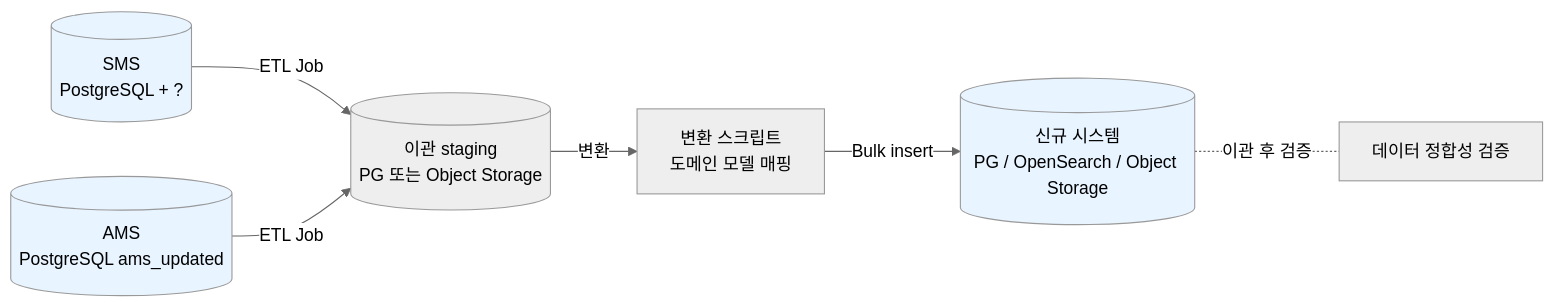
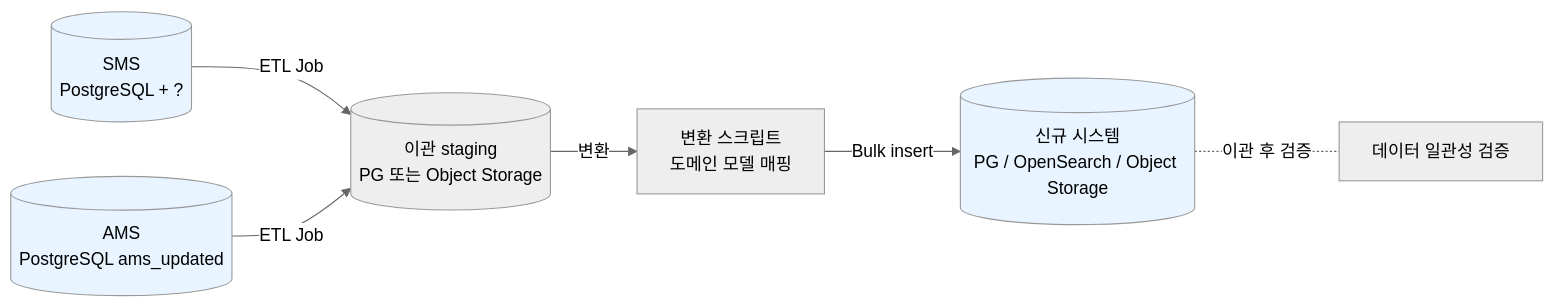
Before and after one commit to nebydu/monitoring-meta: diagram 17 of 20 in docs/통합본_v0_9.md, drawn with Mermaid (neutral theme). The commit also changed other lines of this file, not shown here.

````diff
--- a/docs/통합본_v0_9.md
+++ b/docs/통합본_v0_9.md
@@ -2965,13 +2965,13 @@
 ```mermaid
 flowchart LR
     SMS[(SMS<br/>PostgreSQL + ?)] -->|ETL Job| STAGE[(이관 staging<br/>PG 또는 Object Storage)]
     AMS[(AMS<br/>PostgreSQL ams_updated)] -->|ETL Job| STAGE
     STAGE -->|변환| TRANSFORM[변환 스크립트<br/>도메인 모델 매핑]
     TRANSFORM -->|Bulk insert| NEW[(신규 시스템<br/>PG / OpenSearch / Object Storage)]
 
-    NEW -.이관 후 검증.- VAL[데이터 정합성 검증]
+    NEW -.이관 후 검증.- VAL[데이터 일관성 검증]
 
     style SMS fill:#e8f4ff
     style AMS fill:#e8f4ff
     style NEW fill:#e8f4ff
 ```
````
